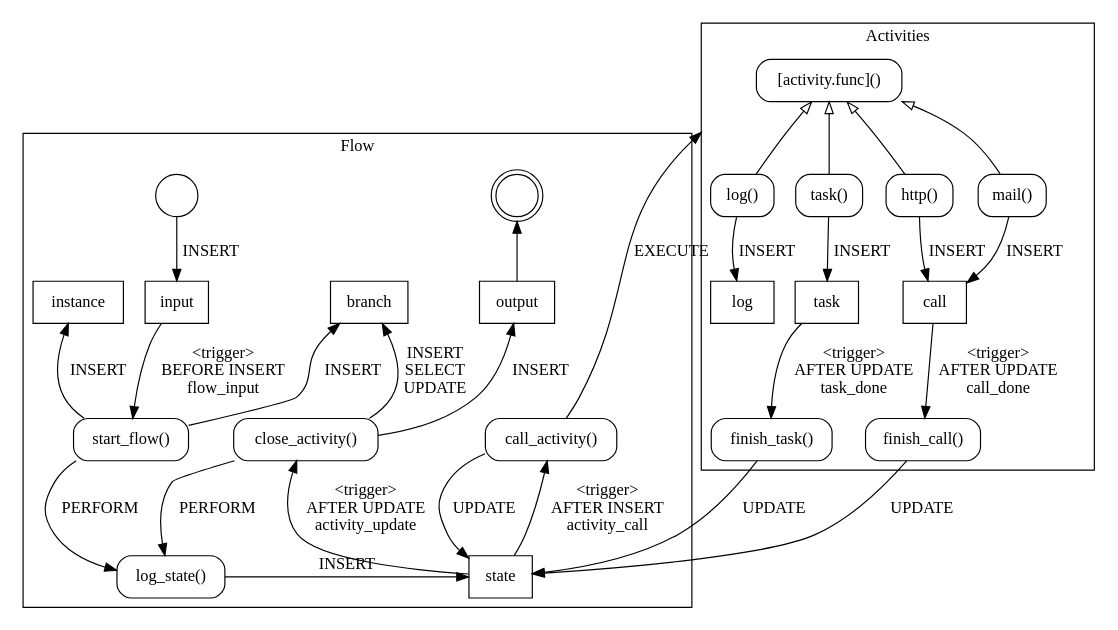
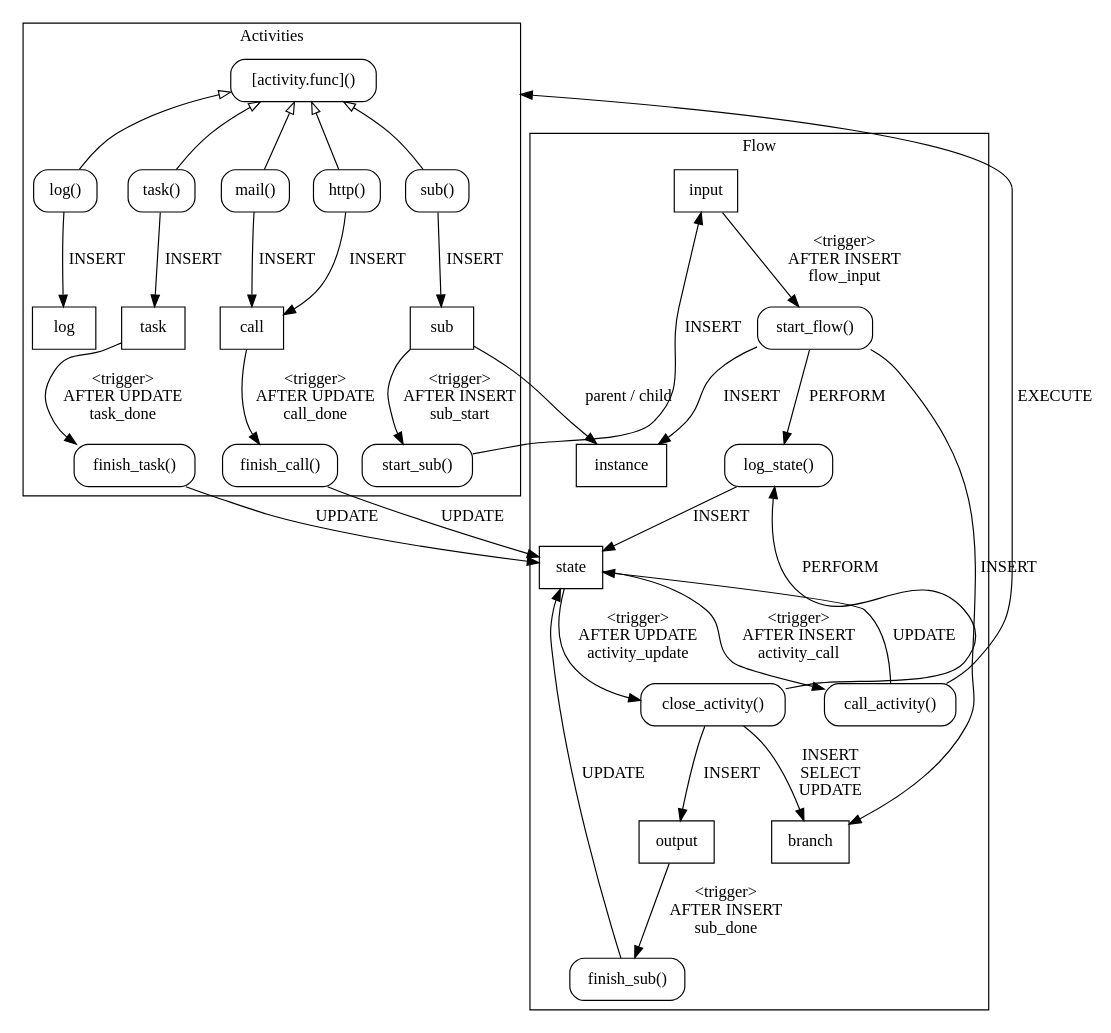
The diagram in doc/flow.dot (dgf/pgx-flow), drawn with Graphviz before and after one commit. The commit also changed 6 other files, not shown here.

Commit message:
add sub process activity

```diff
--- a/doc/flow.dot
+++ b/doc/flow.dot
@@ -1,87 +1,91 @@
 digraph graph_flow {
   compound=true
 
   subgraph cluster_flow {
     label="Flow"
-    start [shape=circle, label=""]
-    end [shape=doublecircle, label=""]
 
     // tables
     node [shape=box, style=solid]
+    input [label="input"]
+    output [label="output"]
     branch [label="branch"]
-    input [label="input"]
     instance [label="instance"]
-    output [label="output"]
     state [label="state"]
 
     // functions
     node [shape=box, style=rounded]
     call_activity [label="call_activity()"]
     close_activity [label="close_activity()"]
     log_state [label="log_state()"]
     start_flow [label="start_flow()"]
 
     // trigger
-    input -> start_flow [label="<trigger>\nBEFORE INSERT\nflow_input"]
+    input -> start_flow [label="<trigger>\nAFTER INSERT\nflow_input"]
     state -> call_activity [label="<trigger>\nAFTER INSERT\nactivity_call"]
     state -> close_activity [label="<trigger>\nAFTER UPDATE\nactivity_update"]
 
     // flow
     call_activity -> state [label="UPDATE"]
     close_activity -> branch [label="INSERT\nSELECT\nUPDATE"]
     close_activity -> log_state [label="PERFORM"]
     close_activity -> output [label="INSERT"]
+    finish_sub -> state [label="UPDATE"]
     log_state -> state [label="INSERT"]
-    output -> end
     start_flow -> {instance; branch} [label="INSERT"]
     start_flow -> log_state [label="PERFORM"]
-    start -> input [label="INSERT"]
-
-    // layout
-    {rank=same; start end}
-    {rank=same; input instance branch output}
-    {rank=same; start_flow close_activity call_activity}
-    {rank=same; log_state state}
   }
 
   subgraph cluster_activities {
     label="Activities"
 
     // tables
     node [shape=box, style=solid]
     call [label="call"]
     log [label="log"]
     task [label="task"]
+    sub [label="sub"]
 
     // functions
     node [shape=box, style=rounded]
     activity_function [label="[activity.func]()"]
+    sub_activity [label="sub()"]
     finish_call [label="finish_call()"]
+    finish_sub [label="finish_sub()"]
     finish_task [label="finish_task()"]
     http_activity [label="http()"]
     log_activity [label="log()"]
     mail_activity [label="mail()"]
+    start_sub [label="start_sub()"]
     task_activity [label="task()"]
 
     // trigger
     call -> finish_call [label="<trigger>\nAFTER UPDATE\ncall_done"]
     task -> finish_task [label="<trigger>\nAFTER UPDATE\ntask_done"]
+    sub -> start_sub [label="<trigger>\nAFTER INSERT\nsub_start"]
 
     // flow
     http_activity -> call [label="INSERT"]
     log_activity -> log [label="INSERT"]
     mail_activity -> call [label="INSERT"]
+    sub_activity -> sub [label="INSERT"]
     task_activity -> task [label="INSERT"]
 
     // implements
-    edge [arrowtail=empty, dir=back]
-    activity_function -> http_activity
-    activity_function -> log_activity
-    activity_function -> mail_activity
-    activity_function -> task_activity
+    activity_function -> {
+      http_activity;
+      log_activity;
+      mail_activity;
+      sub_activity;
+      task_activity} [arrowtail=empty, dir=back]
+
+    // layout
+    //{rank=same; sub start_sub}
   }
 
   call_activity -> activity_function [label="EXECUTE", lhead=cluster_activities]
+  finish_call -> state [label="UPDATE"]
   finish_task -> state [label="UPDATE"]
-  finish_call -> state [label="UPDATE"]
+  start_sub -> input [label="INSERT"]
+  sub -> instance [label="parent / child"]
+  output -> finish_sub [label="<trigger>\nAFTER INSERT\nsub_done"]
 }
```
